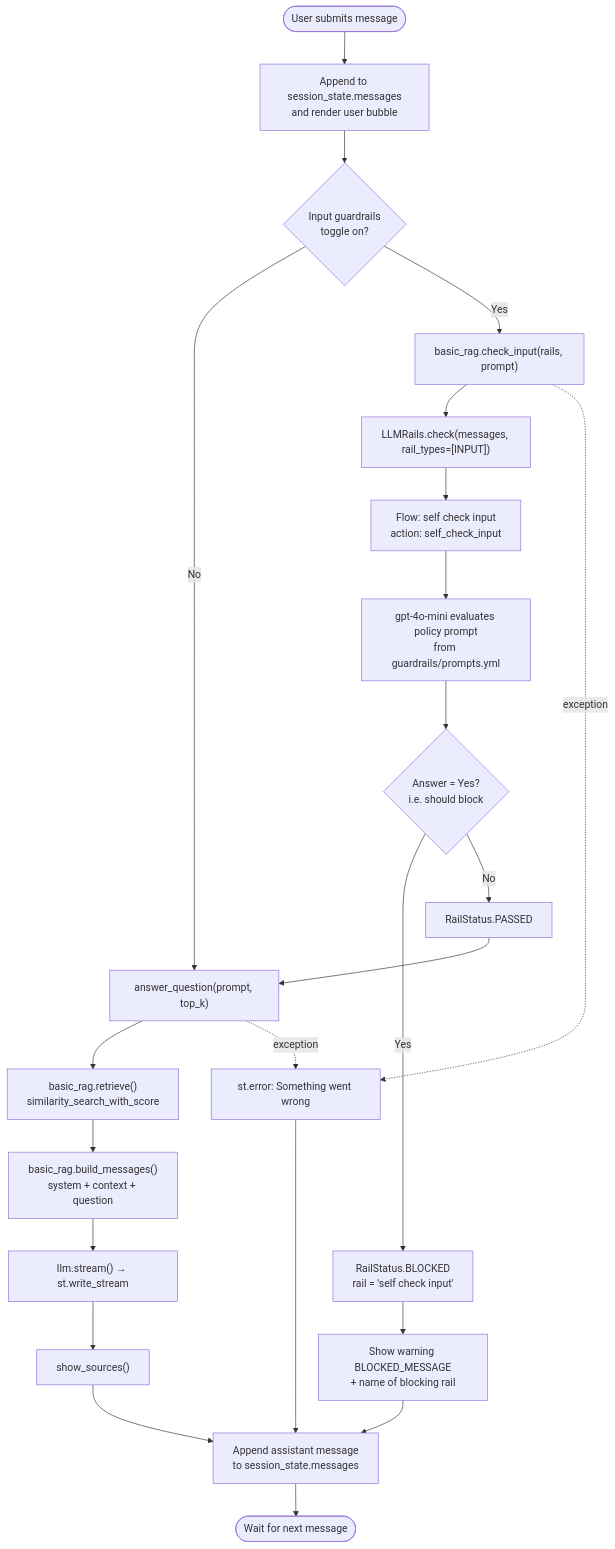
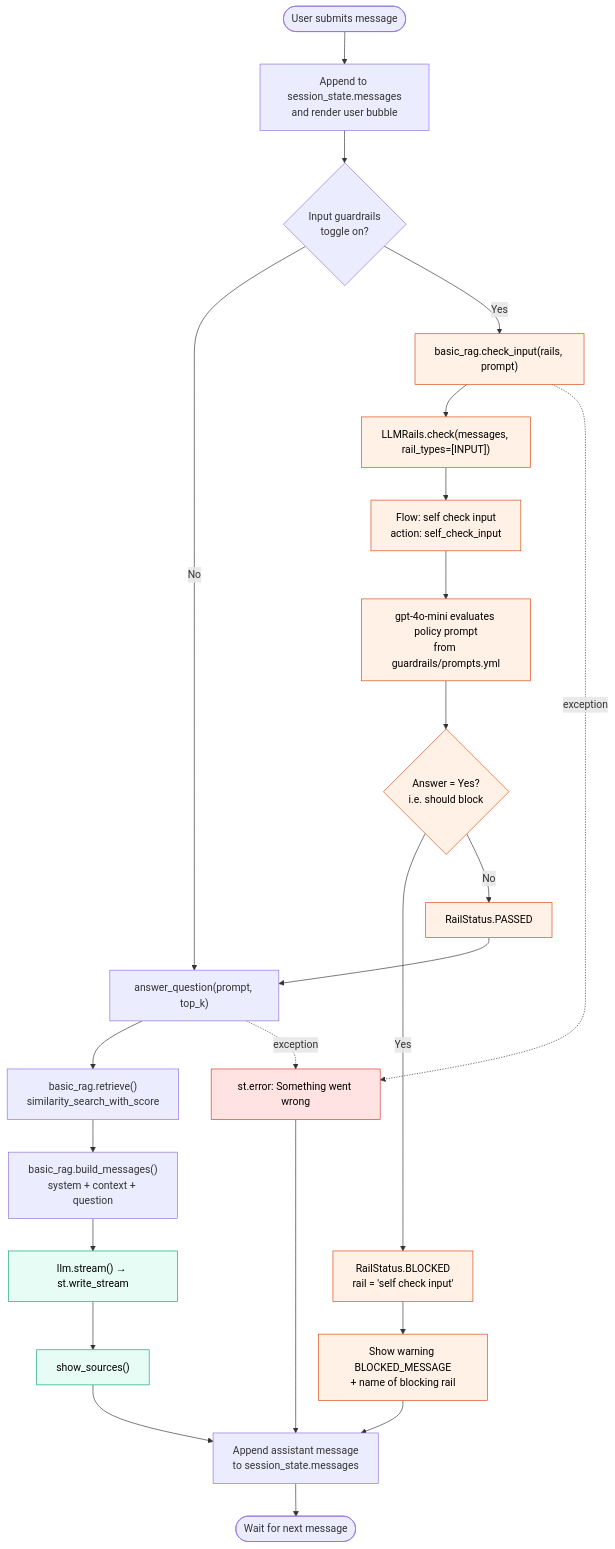
Before and after one commit to dhanushkapg/AI-Security-Project: the second of 6 diagrams in docs/SYSTEM_DOCUMENTATION.md, drawn with Mermaid. The commit also changed 7 other files, not shown here.

````diff
--- a/docs/SYSTEM_DOCUMENTATION.md
+++ b/docs/SYSTEM_DOCUMENTATION.md
@@ -74,25 +74,32 @@
 ```mermaid
 flowchart TD
     A([User submits message]) --> B[Append to session_state.messages<br/>and render user bubble]
     B --> C{Input guardrails<br/>toggle on?}
     C -- No --> R
     C -- Yes --> D["basic_rag.check_input(rails, prompt)"]
     D --> E["LLMRails.check(messages, rail_types=[INPUT])"]
     E --> F[Flow: self check input<br/>action: self_check_input]
     F --> G[gpt-4o-mini evaluates policy prompt<br/>from guardrails/prompts.yml]
     G --> H{Answer = Yes?<br/>i.e. should block}
     H -- Yes --> I[RailStatus.BLOCKED<br/>rail = 'self check input']
     I --> J[Show warning BLOCKED_MESSAGE<br/>+ name of blocking rail]
     J --> Z
     H -- No --> K[RailStatus.PASSED]
     K --> R["answer_question(prompt, top_k)"]
     R --> S["basic_rag.retrieve()<br/>similarity_search_with_score"]
     S --> T["basic_rag.build_messages()<br/>system + context + question"]
     T --> U["llm.stream() → st.write_stream"]
     U --> V["show_sources()"]
     V --> Z[Append assistant message<br/>to session_state.messages]
     D -. exception .-> X[st.error: Something went wrong]
     R -. exception .-> X
     X --> Z
     Z --> END([Wait for next message])
+
+    classDef guard fill:#fff1e6,stroke:#d9480f,color:#000
+    classDef out fill:#e6fcf5,stroke:#0ca678,color:#000
+    classDef err fill:#ffe3e3,stroke:#e03131,color:#000
+    class D,E,F,G,H,I,J,K guard
+    class U,V out
+    class X err
 ```
````
